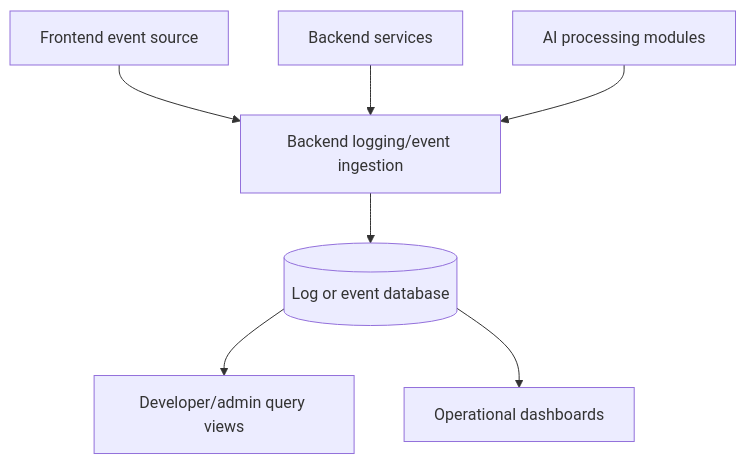
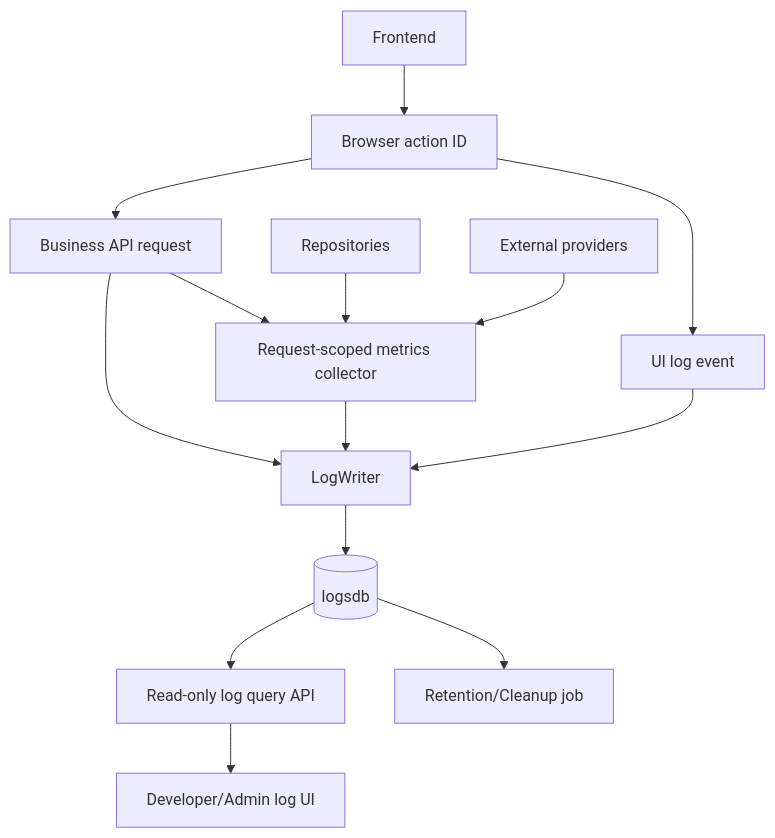
One commit to Plymouth-University/comp2003-2025-2026-team-3 changed the diagram in docs/services/logging-system/future-direction.md. Above: the diagram before and after it, drawn with Mermaid. The commit also changed other lines of this file and 5 other files, not shown here.

````diff
--- a/docs/services/logging-system/future-direction.md
+++ b/docs/services/logging-system/future-direction.md
@@ -85,9 +188,19 @@
 ```mermaid
 flowchart TD
-  Frontend[Frontend event source] --> API[Backend logging/event ingestion]
-  Backend[Backend services] --> API
-  AI[AI processing modules] --> API
-  API --> DB[(Log or event database)]
-  DB --> Query[Developer/admin query views]
-  DB --> Dashboards[Operational dashboards]
+  FE[Frontend] --> ActionID[Browser action ID]
+  ActionID --> UILog[UI log event]
+  ActionID --> API[Business API request]
+
+  API --> Metrics[Request-scoped metrics collector]
+  Repo[Repositories] --> Metrics
+  Provider[External providers] --> Metrics
+
+  API --> LogWriter[LogWriter]
+  Metrics --> LogWriter
+  UILog --> LogWriter
+
+  LogWriter --> LogsDB[(logsdb)]
+  LogsDB --> QueryAPI[Read-only log query API]
+  QueryAPI --> AdminUI[Developer/Admin log UI]
+  LogsDB --> Retention[Retention/Cleanup job]
 ```
````
